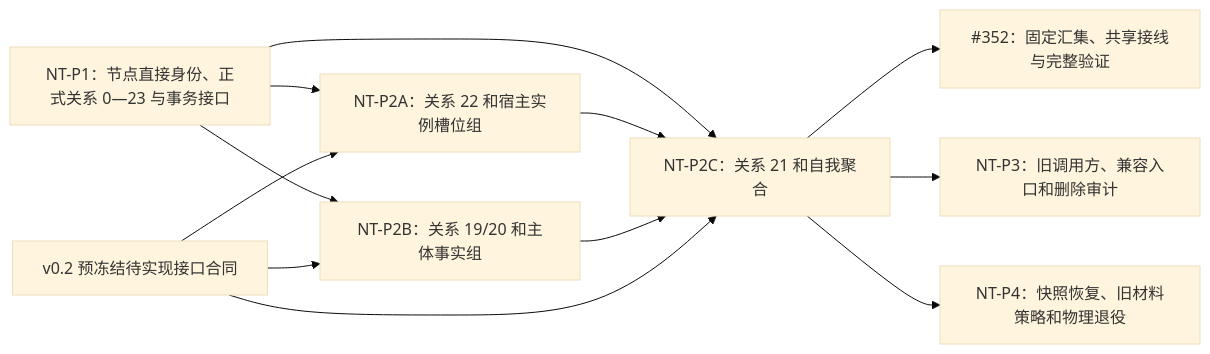
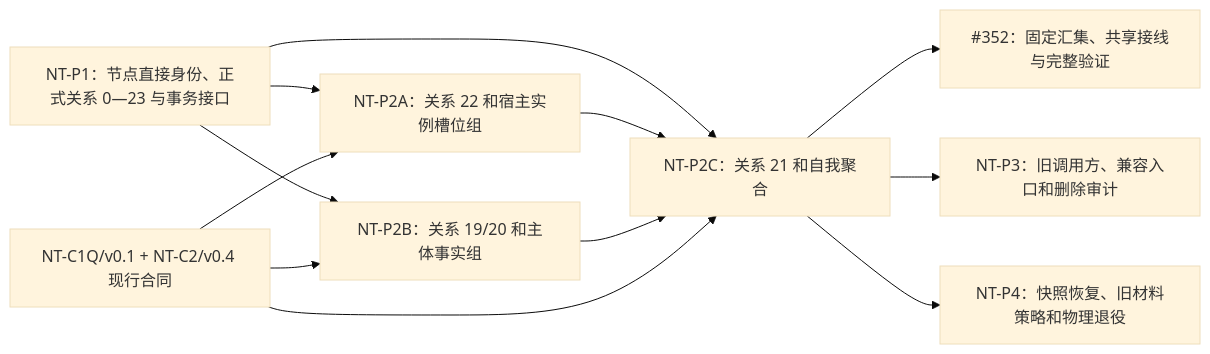
Before and after one commit to chunhaizh-cyber/HY-Ego: the third of 3 diagrams in 规范/详细设计/函数结构知识图谱/20260722_NODE-TYPED-MIGRATION_NT-P2C_函数结构知识图谱.md, drawn with Mermaid (base theme). The commit also changed other lines of this file and 17 other files, not shown here.

````diff
--- a/规范/详细设计/函数结构知识图谱/20260722_NODE-TYPED-MIGRATION_NT-P2C_函数结构知识图谱.md
+++ b/规范/详细设计/函数结构知识图谱/20260722_NODE-TYPED-MIGRATION_NT-P2C_函数结构知识图谱.md
@@ -281,14 +341,14 @@
 ```mermaid
 flowchart LR
     P1["NT-P1：节点直接身份、正式关系 0—23 与事务接口"] --> P2A["NT-P2A：关系 22 和宿主实例槽位组"]
     P1 --> P2B["NT-P2B：关系 19/20 和主体事实组"]
     P1 --> P2C["NT-P2C：关系 21 和自我聚合"]
     P2A --> P2C
     P2B --> P2C
-    合同["v0.2 预冻结待实现接口合同"] --> P2A
+    合同["NT-C1Q/v0.1 + NT-C2/v0.4 现行合同"] --> P2A
     合同 --> P2B
     合同 --> P2C
     P2C --> FINAL["#352：固定汇集、共享接线与完整验证"]
     P2C --> P3["NT-P3：旧调用方、兼容入口和删除审计"]
     P2C --> P4["NT-P4：快照恢复、旧材料策略和物理退役"]
 ```
````
